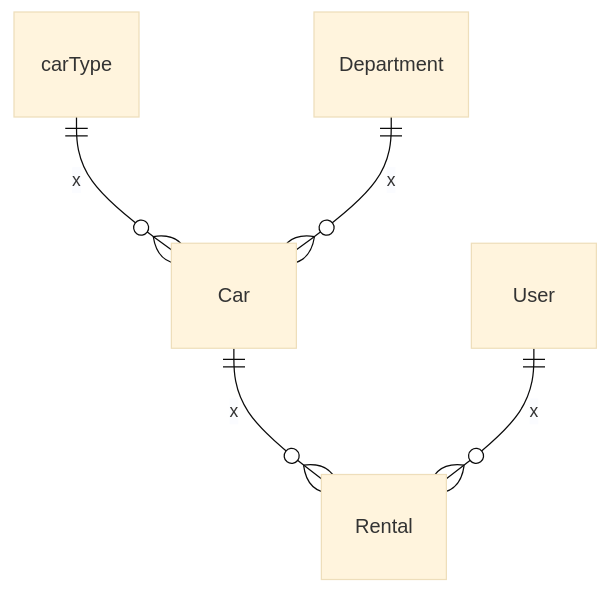
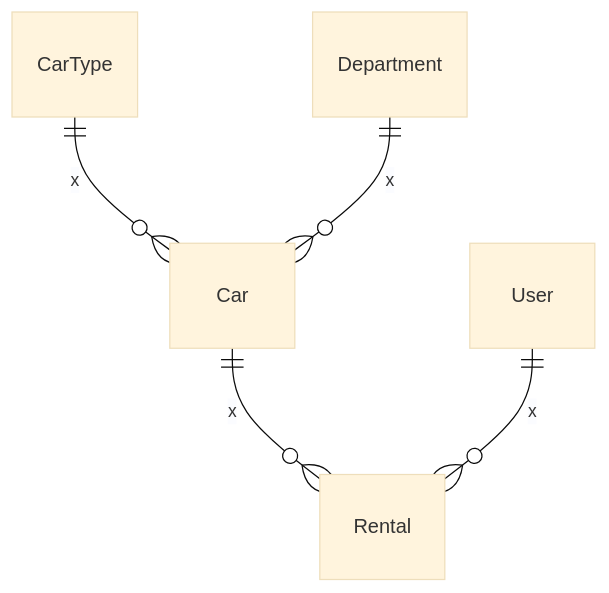
The second of 2 diagrams in README.md (kacperwyczawski/sigma-cars), drawn with Mermaid (base theme) before and after one commit. The commit also changed other lines of this file, not shown here.

Commit message:
docs: update diagrams

````diff
--- a/README.md
+++ b/README.md
@@ -76,7 +76,7 @@
 ```mermaid
 erDiagram
-    carType ||--o{ Car : x
+    CarType ||--o{ Car : x
     Department ||--o{ Car : x
     Car ||--o{ Rental : x
     User ||--o{ Rental : x
 ```
````
